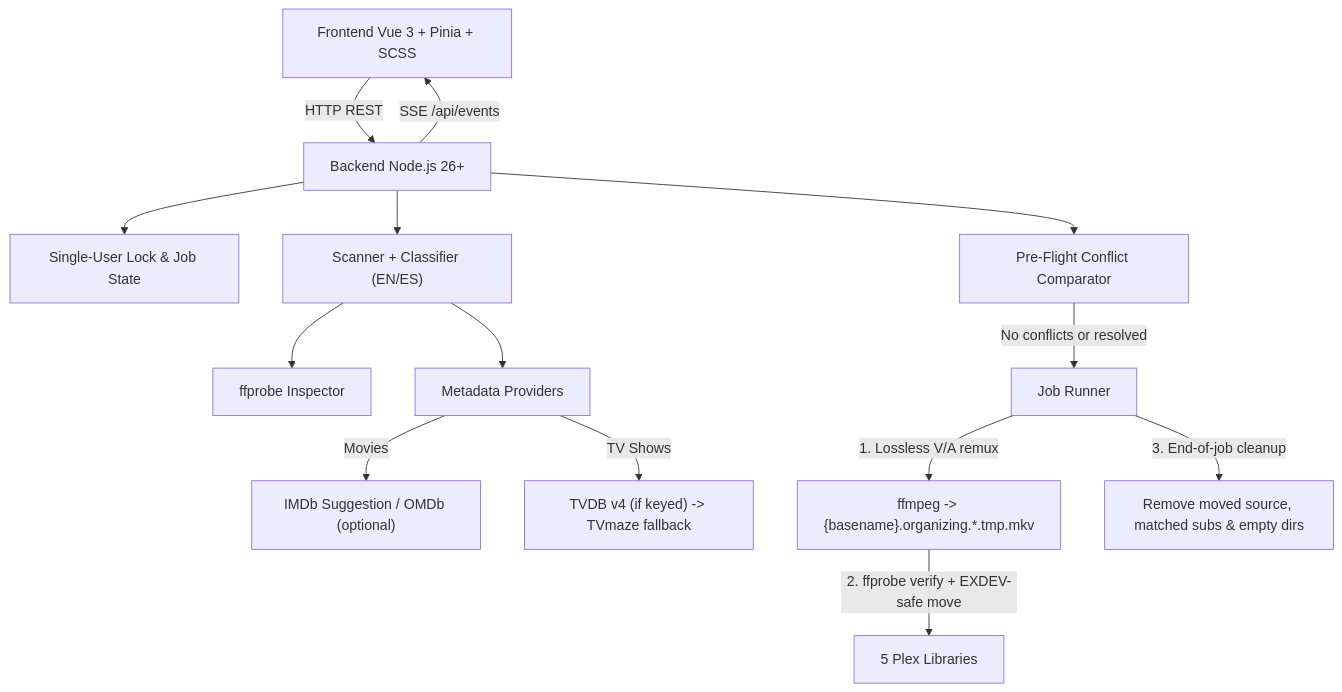
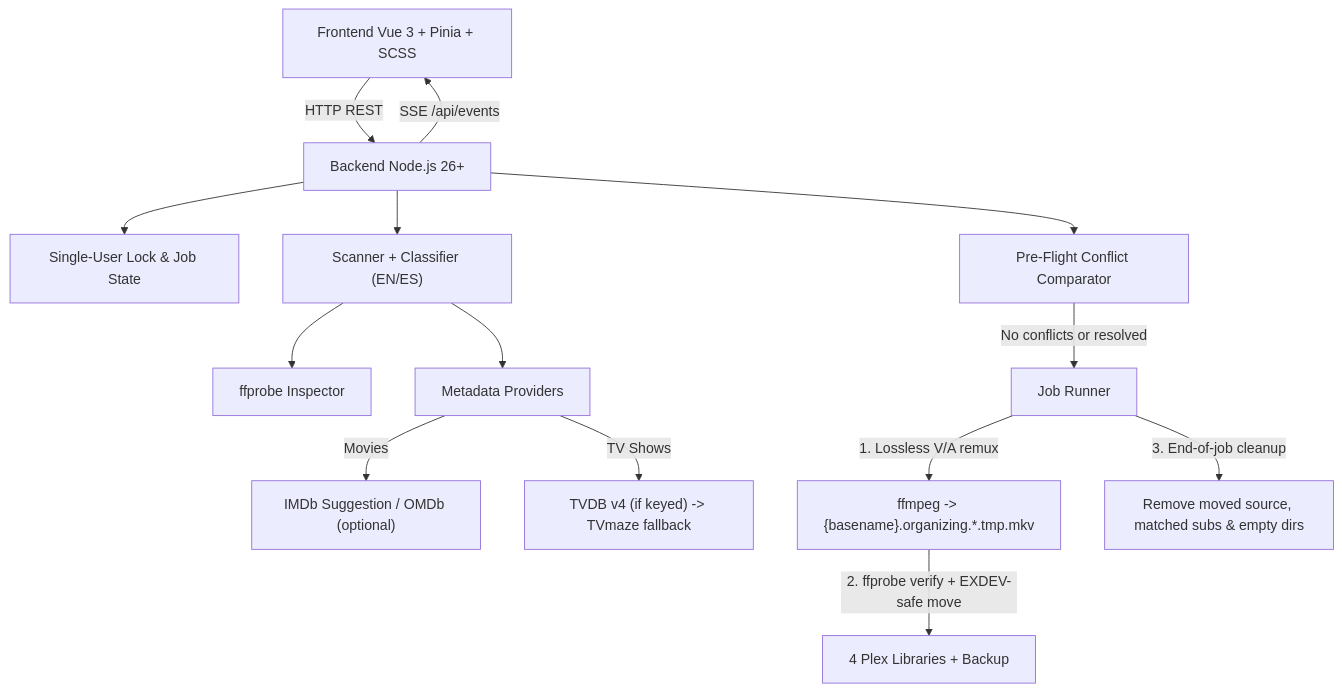
The diagram in docs/designs/plex-video-organizer.md (francogp/video-organizer), drawn with Mermaid before and after one commit. The commit also changed other lines of this file and 38 other files, not shown here.

````diff
--- a/docs/designs/plex-video-organizer.md
+++ b/docs/designs/plex-video-organizer.md
@@ -70,16 +70,16 @@
 ```mermaid
 flowchart TD
     UI["Frontend Vue 3 + Pinia + SCSS"] -->|HTTP REST| API["Backend Node.js 26+"]
     API -->|"SSE /api/events"| UI
     API --> Lock["Single-User Lock & Job State"]
     API --> Scanner["Scanner + Classifier (EN/ES)"]
     Scanner --> FFprobe["ffprobe Inspector"]
     Scanner --> Meta["Metadata Providers"]
     Meta -->|Movies| IMDb["IMDb Suggestion / OMDb (optional)"]
     Meta -->|"TV Shows"| TV["TVDB v4 (if keyed) -> TVmaze fallback"]
     API --> Preflight["Pre-Flight Conflict Comparator"]
     Preflight -->|"No conflicts or resolved"| Runner["Job Runner"]
     Runner -->|"1. Lossless V/A remux"| FFmpeg["ffmpeg -> {basename}.organizing.*.tmp.mkv"]
-    FFmpeg -->|"2. ffprobe verify + EXDEV-safe move"| Output["5 Plex Libraries"]
+    FFmpeg -->|"2. ffprobe verify + EXDEV-safe move"| Output["4 Plex Libraries + Backup"]
     Runner -->|"3. End-of-job cleanup"| Cleanup["Remove moved source, matched subs & empty dirs"]
 ```
````
